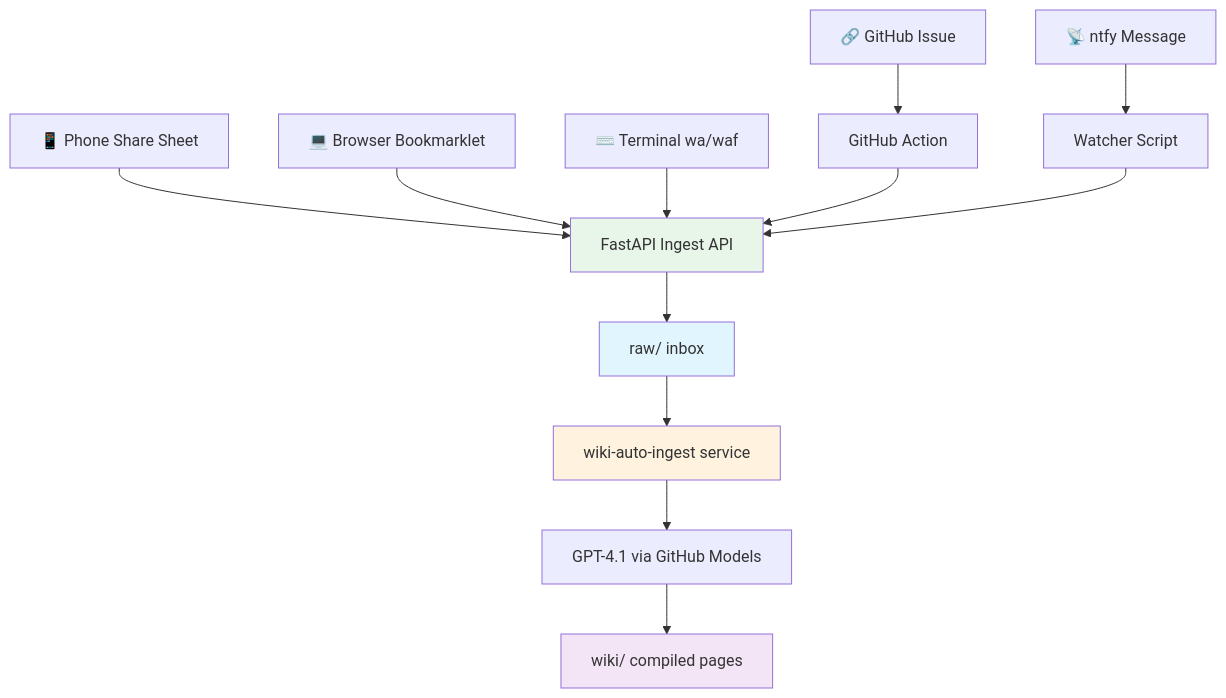
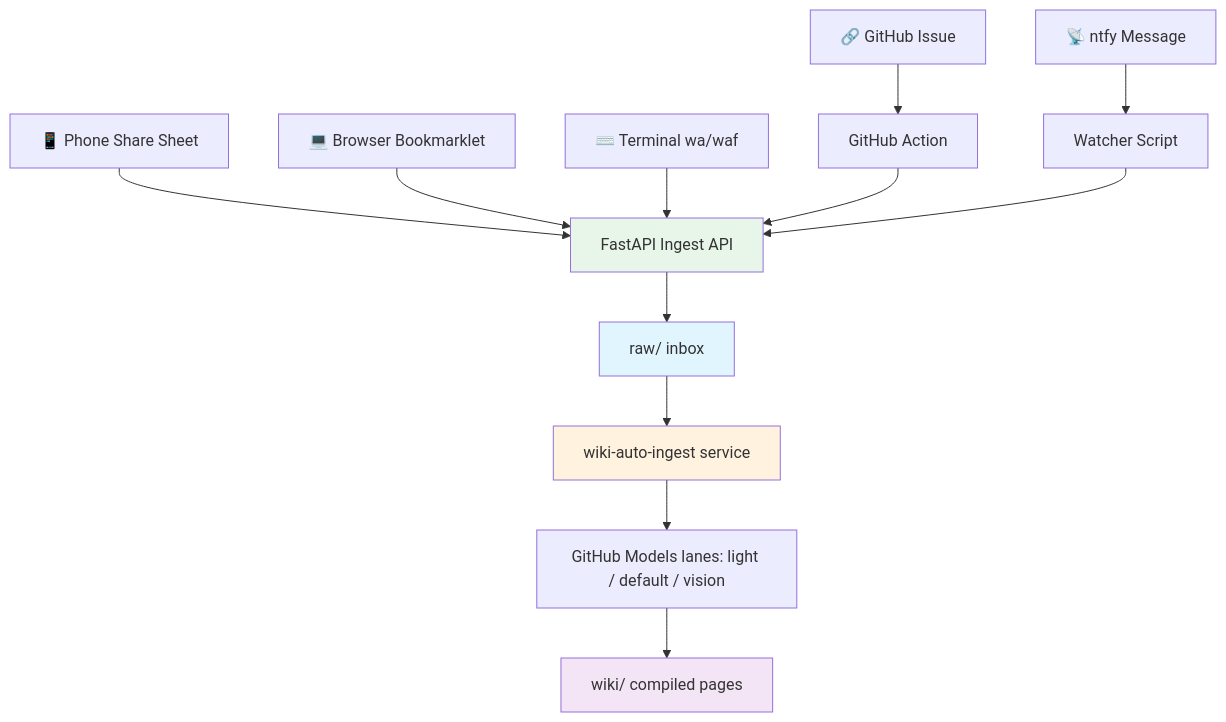
One commit to jbl306/labs-wiki changed the third of 3 diagrams in docs/architecture.md. Above: the diagram before and after it, drawn with Mermaid. The commit also changed other lines of this file and 6 other files, not shown here.

````diff
--- a/docs/architecture.md
+++ b/docs/architecture.md
@@ -110,18 +112,18 @@
 ```mermaid
 flowchart TB
     PHONE[📱 Phone Share Sheet] --> API
     BROWSER[💻 Browser Bookmarklet] --> API
     CLI[⌨️ Terminal wa/waf] --> API
     GITHUB[🔗 GitHub Issue] --> ACTION[GitHub Action] --> API
     NTFY[📡 ntfy Message] --> WATCHER[Watcher Script] --> API
 
     API[FastAPI Ingest API] --> RAW[raw/ inbox]
     RAW --> AUTO[wiki-auto-ingest service]
-    AUTO --> LLM[GPT-4.1 via GitHub Models]
+    AUTO --> LLM[GitHub Models lanes: light / default / vision]
     LLM --> WIKI[wiki/ compiled pages]
 
     style API fill:#e8f5e9
     style RAW fill:#e1f5fe
     style AUTO fill:#fff3e0
     style WIKI fill:#f3e5f5
 ```
````
